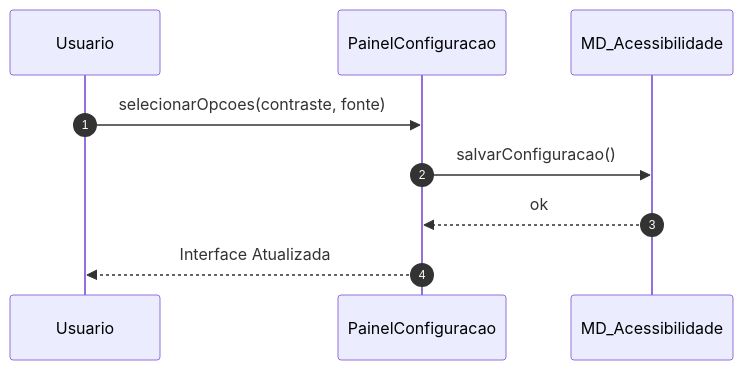
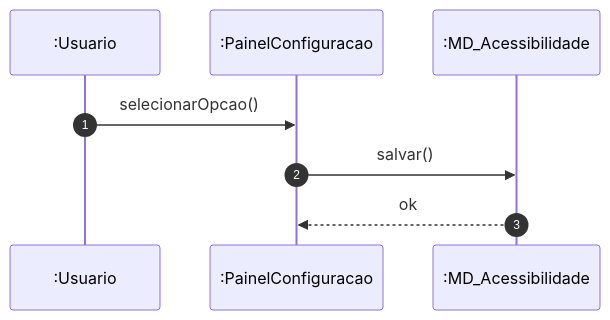
One commit to MayconDIS/PIM_III-Documentacao_UML changed the second of 2 diagrams in PIM_III/02_Modelagem_UML_Astah/UC15_Ajustar_Acessibilidade/README.md. Above: the diagram before and after it, drawn with Mermaid. The commit also changed other lines of this file and 17 other files, not shown here.

````diff
--- a/PIM_III/02_Modelagem_UML_Astah/UC15_Ajustar_Acessibilidade/README.md
+++ b/PIM_III/02_Modelagem_UML_Astah/UC15_Ajustar_Acessibilidade/README.md
@@ -41,11 +39,10 @@
 ```mermaid
 sequenceDiagram
     autonumber
-    participant U as Usuario
-    participant P as PainelConfiguracao
-    participant A as MD_Acessibilidade
-    U->>P: selecionarOpcoes(contraste, fonte)
-    P->>A: salvarConfiguracao()
+    participant U as :Usuario
+    participant P as :PainelConfiguracao
+    participant A as :MD_Acessibilidade
+    U->>P: selecionarOpcao()
+    P->>A: salvar()
     A-->>P: ok
-    P-->>U: Interface Atualizada
 ```
````
